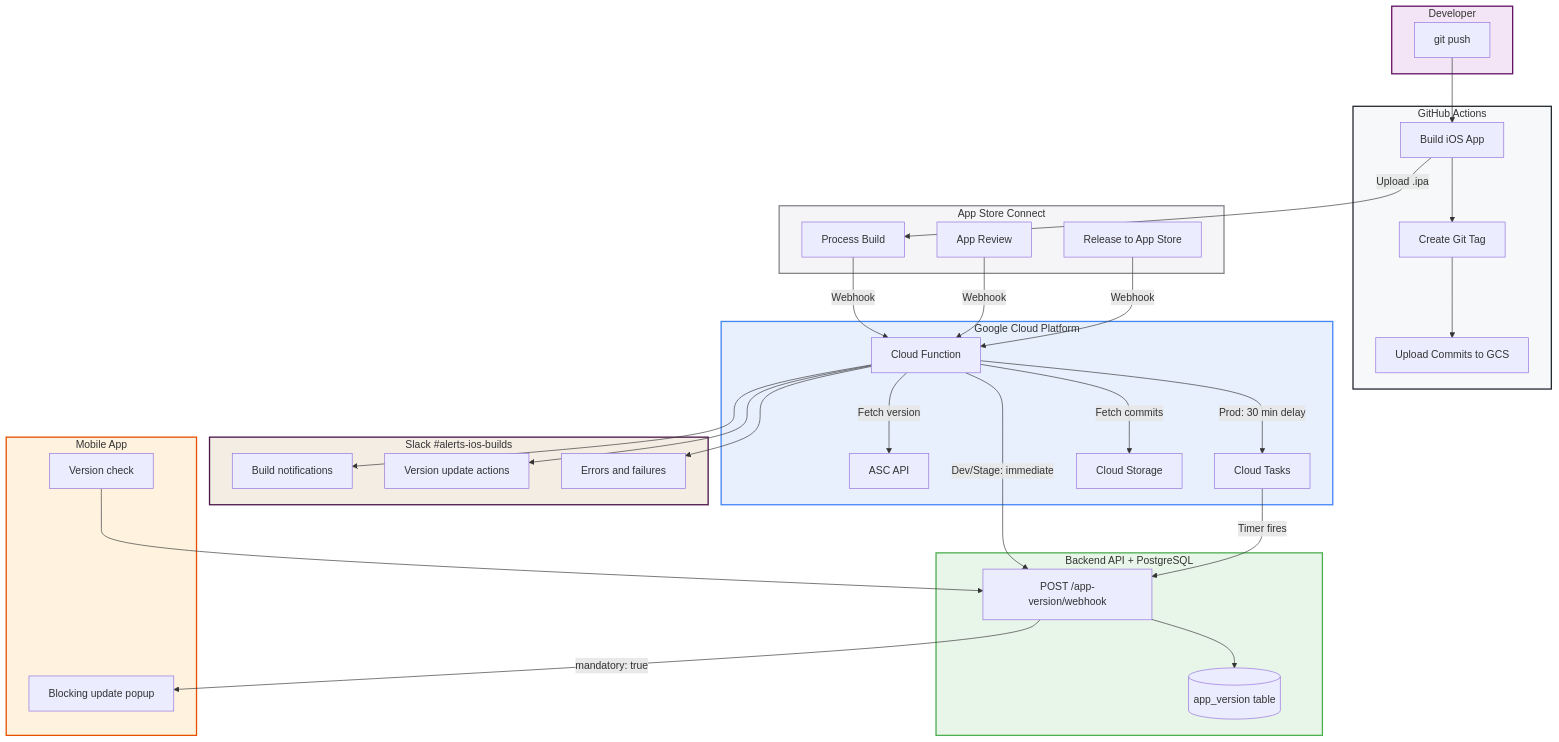
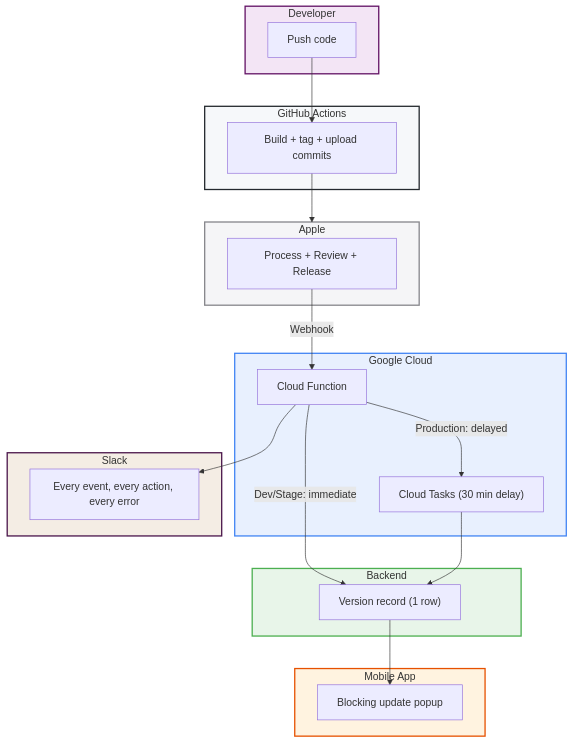
One commit to Ideaplaces/ciprianrarau.com changed the second of 2 diagrams in src/data/post/appstore-webhooks-automated-release-notes.md. Above: the diagram before and after it, drawn with Mermaid. The commit also changed other lines of this file, not shown here.

First line of the commit message:
Rewrite blog post: remove all code, focus on thinking and system design

````diff
--- a/src/data/post/appstore-webhooks-automated-release-notes.md
+++ b/src/data/post/appstore-webhooks-automated-release-notes.md
@@ -813,69 +103,46 @@
 ```mermaid
 flowchart TB
     subgraph Developer["Developer"]
-        Push["git push"]
+        Push["Push code"]
     end
 
     subgraph GitHub["GitHub Actions"]
-        Build["Build iOS App"]
-        Tag["Create Git Tag"]
-        Upload["Upload Commits to GCS"]
+        Build["Build + tag + upload commits"]
     end
 
-    subgraph Apple["App Store Connect"]
-        Process["Process Build"]
-        Review["App Review"]
-        Release["Release to App Store"]
+    subgraph Apple["Apple"]
+        Process["Process + Review + Release"]
     end
 
-    subgraph GCP["Google Cloud Platform"]
+    subgraph Cloud["Google Cloud"]
         CF["Cloud Function"]
-        ASC["ASC API"]
-        CT["Cloud Tasks"]
-        GCS["Cloud Storage"]
+        CT["Cloud Tasks (30 min delay)"]
     end
 
-    subgraph Backend["Backend API + PostgreSQL"]
-        WH["POST /app-version/webhook"]
-        DB[("app_version table")]
+    subgraph Backend["Backend"]
+        DB["Version record (1 row)"]
     end
 
-    subgraph Slack["Slack #alerts-ios-builds"]
-        N1["Build notifications"]
-        N2["Version update actions"]
-        N3["Errors and failures"]
+    subgraph Slack["Slack"]
+        Notify["Every event, every action, every error"]
     end
 
     subgraph Mobile["Mobile App"]
-        Check["Version check"]
         Popup["Blocking update popup"]
     end
 
-    Push --> Build --> Tag --> Upload
-    Build -->|"Upload .ipa"| Process
+    Push --> Build --> Apple
     Process -->|"Webhook"| CF
-    Review -->|"Webhook"| CF
-    Release -->|"Webhook"| CF
-
-    CF -->|"Fetch commits"| GCS
-    CF -->|"Fetch version"| ASC
-    CF -->|"Dev/Stage: immediate"| WH
-    CF -->|"Prod: 30 min delay"| CT
-    CT -->|"Timer fires"| WH
-    WH --> DB
-
-    CF --> N1
-    CF --> N2
-    CF --> N3
-
-    Check --> WH
-    WH -->|"mandatory: true"| Popup
+    CF -->|"Dev/Stage: immediate"| DB
+    CF -->|"Production: delayed"| CT --> DB
+    CF --> Notify
+    DB --> Popup
 
     style Developer fill:#f3e5f5,stroke:#621164,stroke-width:2px
     style GitHub fill:#f6f8fa,stroke:#24292e,stroke-width:2px
     style Apple fill:#f5f5f7,stroke:#86868b,stroke-width:2px
-    style GCP fill:#e8f0fe,stroke:#4285f4,stroke-width:2px
+    style Cloud fill:#e8f0fe,stroke:#4285f4,stroke-width:2px
     style Backend fill:#e8f5e9,stroke:#4caf50,stroke-width:2px
     style Slack fill:#f4ede4,stroke:#4a154b,stroke-width:2px
     style Mobile fill:#fff3e0,stroke:#e65100,stroke-width:2px
 ```
````
